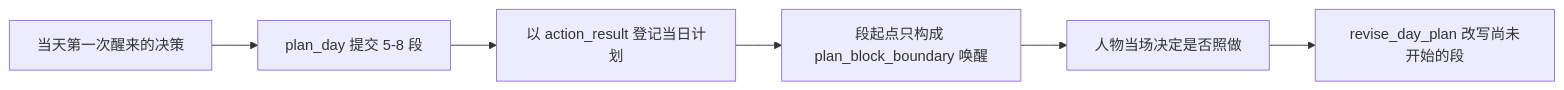
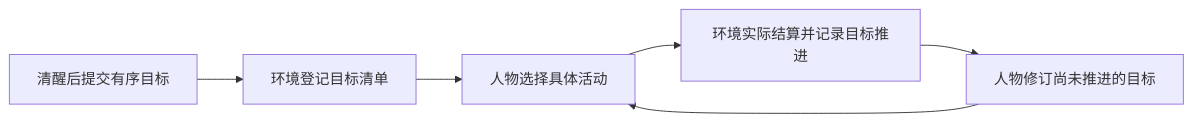
The first of 2 diagrams in docs/CONTRACTS.md (HoldThatThgt/WorldMock), drawn with Mermaid before and after one commit. The commit also changed other lines of this file and 53 other files, not shown here.

````diff
--- a/docs/CONTRACTS.md
+++ b/docs/CONTRACTS.md
@@ -137,8 +137,8 @@
 ```mermaid
 flowchart LR
-    A[当天第一次醒来的决策] --> B[plan_day 提交 5-8 段]
-    B --> C[以 action_result 登记当日计划]
-    C --> D[段起点只构成 plan_block_boundary 唤醒]
-    D --> E[人物当场决定是否照做]
-    E --> F[revise_day_plan 改写尚未开始的段]
+    A[清醒后提交有序目标] --> B[环境登记目标清单]
+    B --> C[人物选择具体活动]
+    C --> D[环境实际结算并记录目标推进]
+    D --> E[人物修订尚未推进的目标]
+    E --> C
 ```
````
